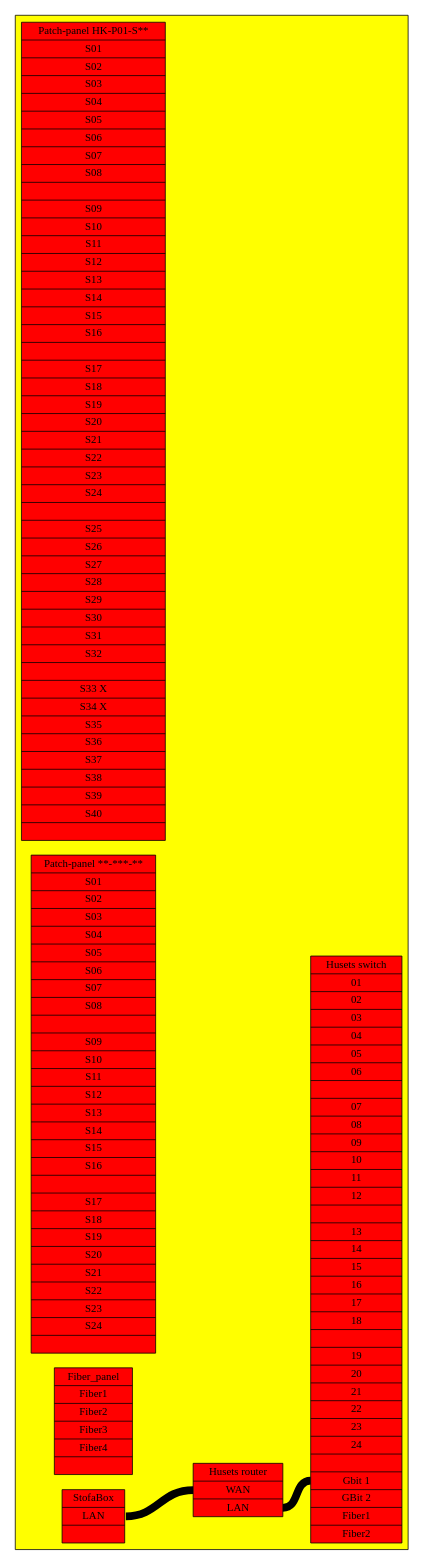
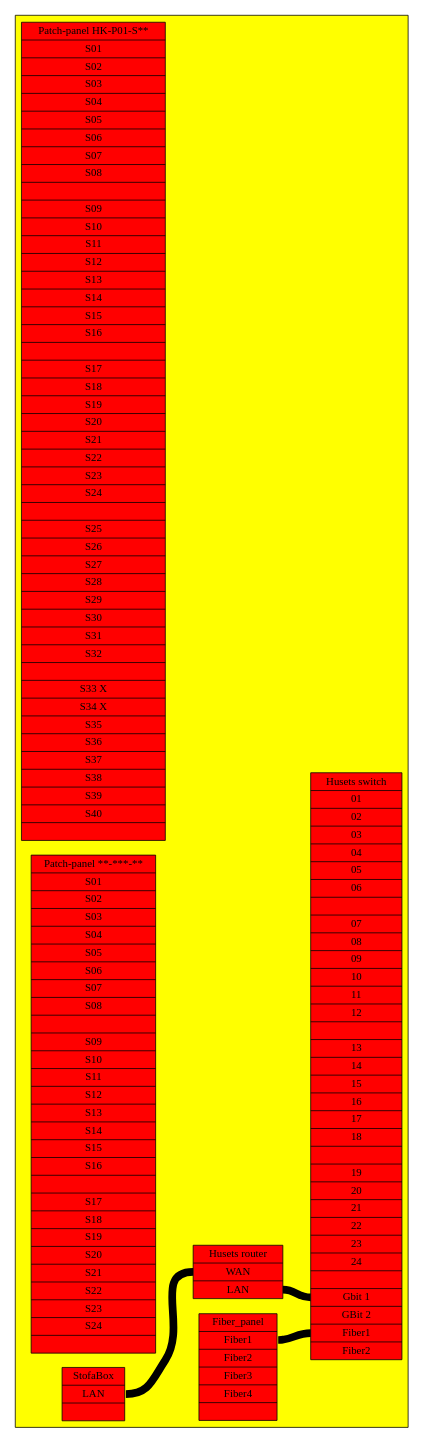
Before and after one commit to alslug/alslug.dk: the diagram in projekter/bakkensbro-network.dot, drawn with Graphviz.

```diff
--- a/projekter/bakkensbro-network.dot
+++ b/projekter/bakkensbro-network.dot
@@ -1,59 +1,60 @@
 digraph xxx {
   rankdir=LR;
 
   node [ style=filled fillcolor=red ];
   subgraph cluster_bib {
     style=filled;
     fillcolor=yellow;
     
     HK_PO1 [ shape=record label="
       Patch-panel HK-P01-S**  |
       <S01> S01                       | <S02> S02                       | <S03> S03                       | <S04> S04                       |
       <S05> S05                       | <S06> S06                       | <S07> S07                       | <S08> S08                       | |
       <S09> S09                       | <S10> S10                       | <S11> S11                       | <S12> S12                       |
       <S13> S13                       | <S14> S14                       | <S15> S15                       | <S16> S16                       | |
       <S17> S17                       | <S18> S18                       | <S19> S19                       | <S20> S20                       |
       <S21> S21                       | <S22> S22                       | <S23> S23                       | <S24> S24                       | |
       <S25> S25                       | <S26> S26                       | <S27> S27                       | <S28> S28                       |
       <S29> S29                       | <S30> S30                       | <S31> S31                       | <S32> S32                       | |
       <S33> S33 X                     | <S34> S34 X                     | <S35> S35                       | <S36> S36                       |
       <S37> S37                       | <S38> S38                       | <S39> S39                       | <S40> S40                       |
       "];
     Patch_panel [ shape=record label="
       Patch-panel **-***-**  |
       <S01> S01                       | <S02> S02                       | <S03> S03                       | <S04> S04                       |
       <S05> S05                       | <S06> S06                       | <S07> S07                       | <S08> S08                       | |
       <S09> S09                       | <S10> S10                       | <S11> S11                       | <S12> S12                       |
       <S13> S13                       | <S14> S14                       | <S15> S15                       | <S16> S16                       | |
       <S17> S17                       | <S18> S18                       | <S19> S19                       | <S20> S20                       |
       <S21> S21                       | <S22> S22                       | <S23> S23                       | <S24> S24                       |
       }"];
     Husets_switch [ shape=record label="
       Husets switch   |
       <01> 01 | <02> 02 | <03> 03 | <04> 04 | <05> 05 | <06> 06 ||
       <07> 07 | <08> 08 | <09> 09 | <10> 10 | <11> 11 | <12> 12 ||
       <13> 13 | <14> 14 | <15> 15 | <16> 16 | <17> 17 | <18> 18 ||
       <19> 19 | <20> 20 | <21> 21 | <22> 22 | <23> 23 | <24> 24 ||
       <G1> Gbit 1 | <G2> GBit 2 | <Fiber1> Fiber1 | <Fiber2> Fiber2
       "];
     Fiber_panel [ shape=record label="
       Fiber_panel       |
       <Fiber1> Fiber1                 |
       <Fiber2> Fiber2                 |
       <Fiber3> Fiber3                 |
       <Fiber4> Fiber4                 |
       "];
     StofaBox [ shape=record label="
       StofaBox      |
       <lan> LAN     |
       "];
     Husets_router [ shape=record label="
       Husets router |
       <wan> WAN     |
       <lan> LAN
       "];
   }
   edge [ dir=none penwidth=10 ];
   StofaBox:lan -> Husets_router:wan;
   Husets_router:lan -> Husets_switch:G1;
+  Fiber_panel:Fiber1 -> Husets_switch:Fiber1
 }
```
